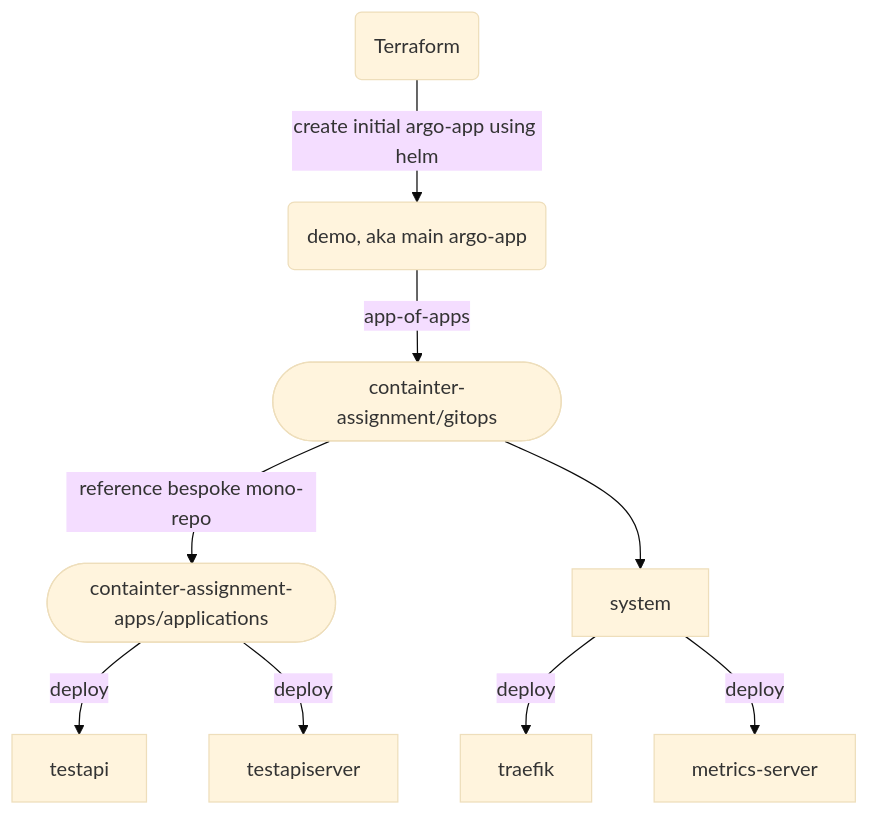
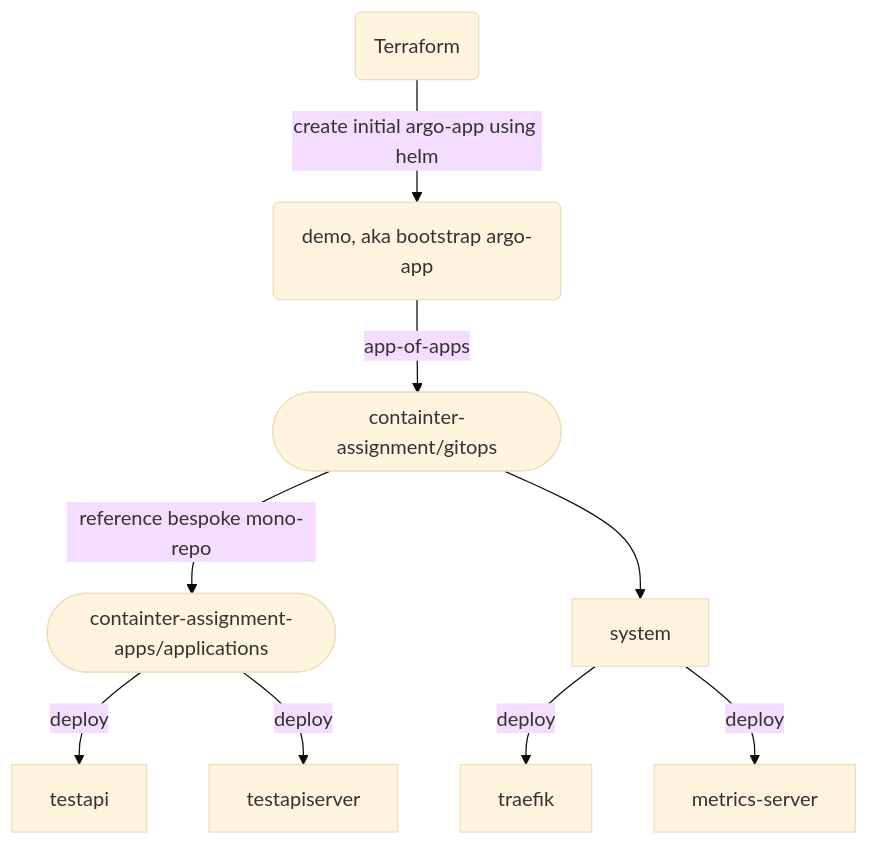
The diagram in docs/GitOps.md (frealmyr/containers-assignment), drawn with Mermaid (base theme) before and after one commit. The commit also changed other lines of this file and 6 other files, not shown here.

````diff
--- a/docs/GitOps.md
+++ b/docs/GitOps.md
@@ -21,16 +21,16 @@
 ```mermaid
   graph TD
 
-  tf("Terraform") -- "create initial argo-app using helm" --> demo("demo, aka main argo-app")
+  tf("Terraform") -- "create initial argo-app using helm" --> demo("demo, aka bootstrap argo-app")
   demo -- "app-of-apps" --> infra(["containter-assignment/gitops"])
 
   infra -- "reference bespoke mono-repo" --> bespoke(["containter-assignment-apps/applications"])
   bespoke -- deploy --> testapi
   bespoke -- deploy --> testapiserver
 
 
   infra --> system
   system -- deploy --> traefik
   system -- deploy --> metrics-server
 
 ```
````
